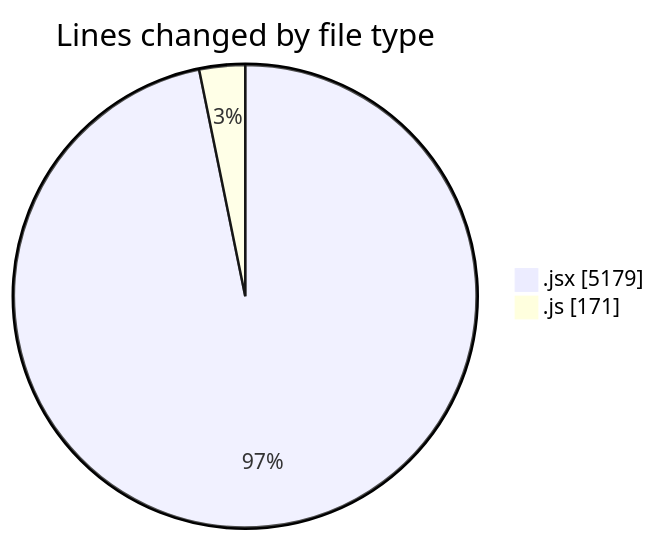
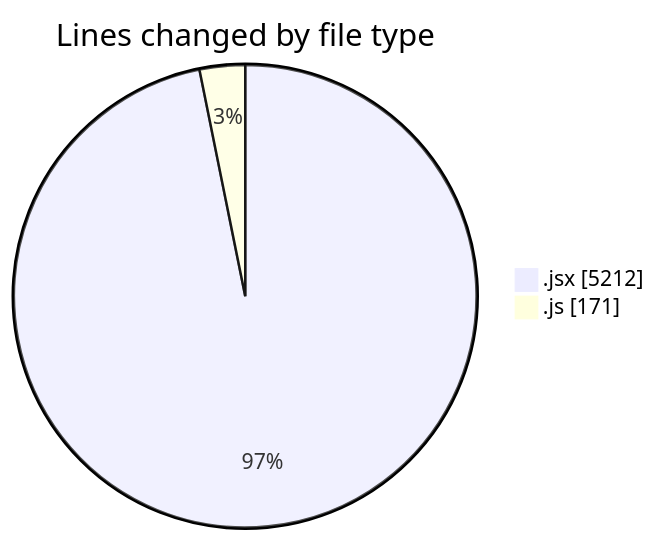
One commit to nxtqubesakshisongat/code-tracking changed the first of 2 diagrams in 2025-07-09/argos/README.md. Above: the diagram before and after it, drawn with Mermaid. The commit also changed other lines of this file and 1 other file, not shown here.

````diff
--- a/2025-07-09/argos/README.md
+++ b/2025-07-09/argos/README.md
@@ -26,6 +26,6 @@
 ```mermaid
 pie showData
 title Lines changed by file type
-".jsx" : 5179
+".jsx" : 5212
 ".js" : 171
 ```
````
